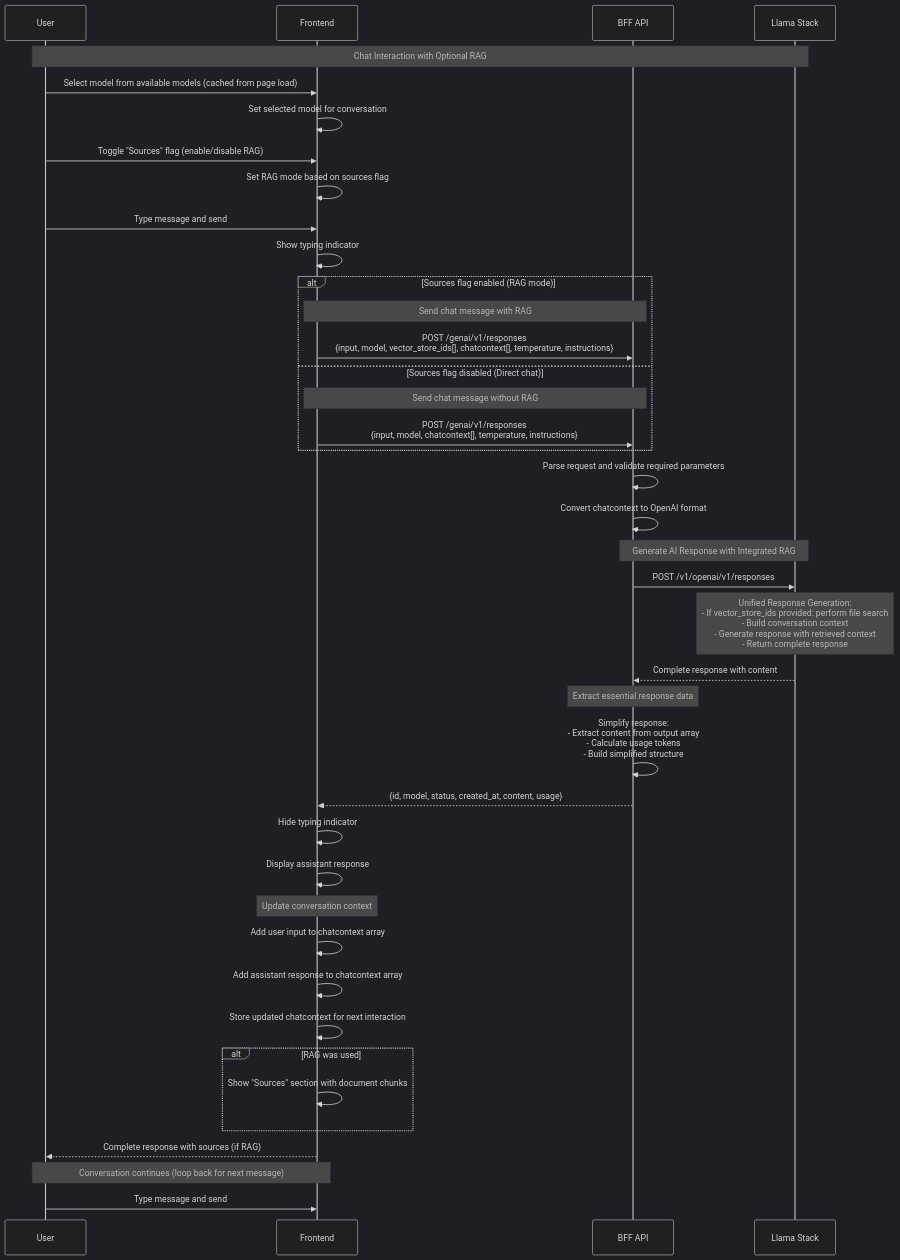
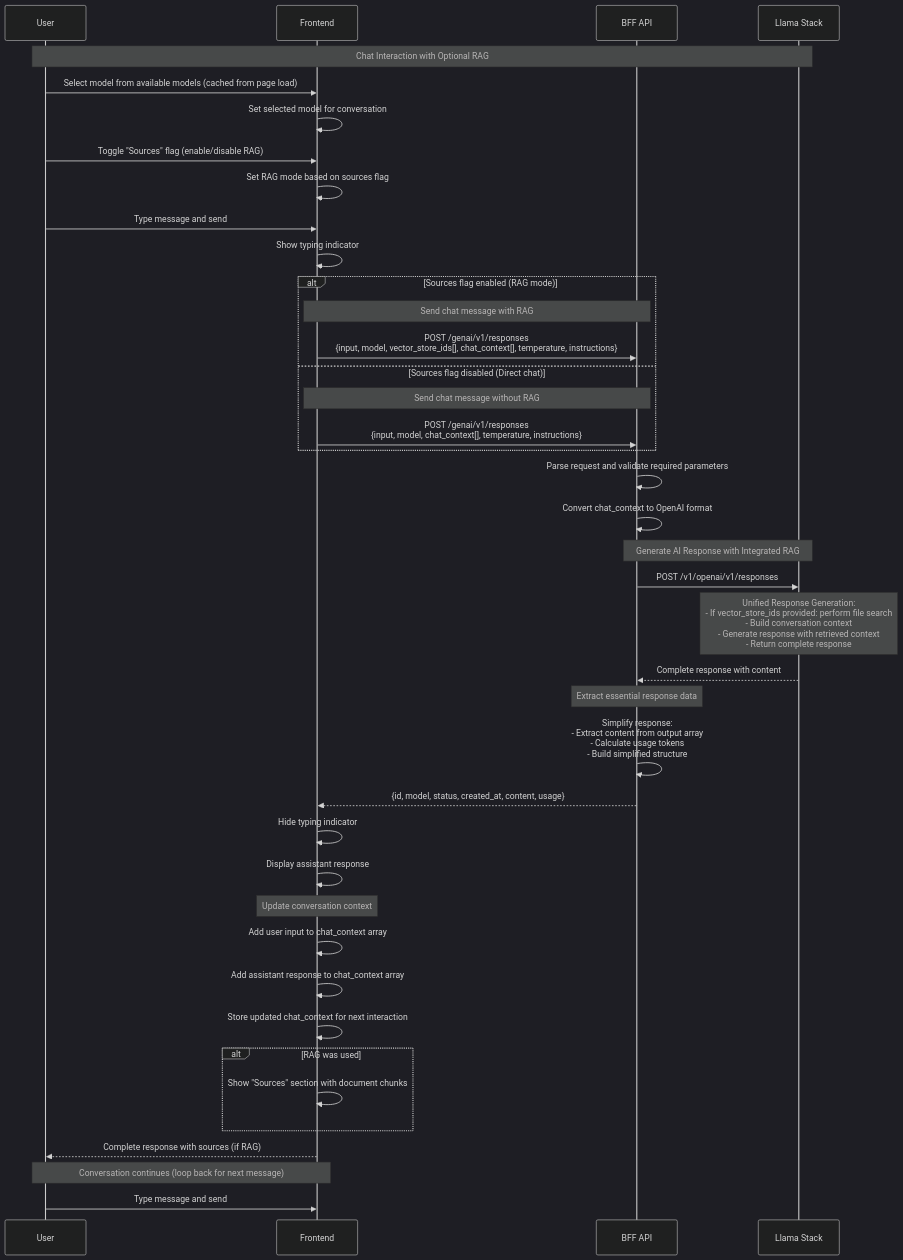
The second of 2 diagrams in frontend/packages/llama-stack-modular-ui/docs/adr/0003-core-user-flows.md (opendatahub-io/odh-dashboard), drawn with Mermaid (dark theme) before and after one commit. The commit also changed other lines of this file and 6 other files, not shown here.

````diff
--- a/frontend/packages/llama-stack-modular-ui/docs/adr/0003-core-user-flows.md
+++ b/frontend/packages/llama-stack-modular-ui/docs/adr/0003-core-user-flows.md
@@ -95,53 +95,53 @@
 ```mermaid
 sequenceDiagram
     participant User as User
     participant UI as Frontend
     participant BFF as BFF API
     participant LS as Llama Stack
 
     Note over User,LS: Chat Interaction with Optional RAG
     
     User->>UI: Select model from available models (cached from page load)
     UI->>UI: Set selected model for conversation
     User->>UI: Toggle "Sources" flag (enable/disable RAG)
     UI->>UI: Set RAG mode based on sources flag
     User->>UI: Type message and send
     UI->>UI: Show typing indicator
     
     alt Sources flag enabled (RAG mode)
         Note over UI,BFF: Send chat message with RAG
-        UI->>BFF: POST /genai/v1/responses<br/>{input, model, vector_store_ids[], chatcontext[], temperature, instructions}
+        UI->>BFF: POST /genai/v1/responses<br/>{input, model, vector_store_ids[], chat_context[], temperature, instructions}
     else Sources flag disabled (Direct chat)
         Note over UI,BFF: Send chat message without RAG
-        UI->>BFF: POST /genai/v1/responses<br/>{input, model, chatcontext[], temperature, instructions}
+        UI->>BFF: POST /genai/v1/responses<br/>{input, model, chat_context[], temperature, instructions}
     end
     
     BFF->>BFF: Parse request and validate required parameters
-    BFF->>BFF: Convert chatcontext to OpenAI format
+    BFF->>BFF: Convert chat_context to OpenAI format
     
     Note over BFF,LS: Generate AI Response with Integrated RAG
     BFF->>LS: POST /v1/openai/v1/responses
     Note over LS: Unified Response Generation:<br/>- If vector_store_ids provided: perform file search<br/>- Build conversation context<br/>- Generate response with retrieved context<br/>- Return complete response
     LS-->>BFF: Complete response with content
     
     Note over BFF: Extract essential response data
     BFF->>BFF: Simplify response:<br/>- Extract content from output array<br/>- Calculate usage tokens<br/>- Build simplified structure
     
     BFF-->>UI: {id, model, status, created_at, content, usage}
     
     UI->>UI: Hide typing indicator
     UI->>UI: Display assistant response
     
     Note over UI: Update conversation context
-    UI->>UI: Add user input to chatcontext array
-    UI->>UI: Add assistant response to chatcontext array
-    UI->>UI: Store updated chatcontext for next interaction
+    UI->>UI: Add user input to chat_context array
+    UI->>UI: Add assistant response to chat_context array
+    UI->>UI: Store updated chat_context for next interaction
     
     alt RAG was used
         UI->>UI: Show "Sources" section with document chunks
     end
     UI-->>User: Complete response with sources (if RAG)
     
     Note over User,UI: Conversation continues (loop back for next message)
     User->>UI: Type message and send
 ```
````
